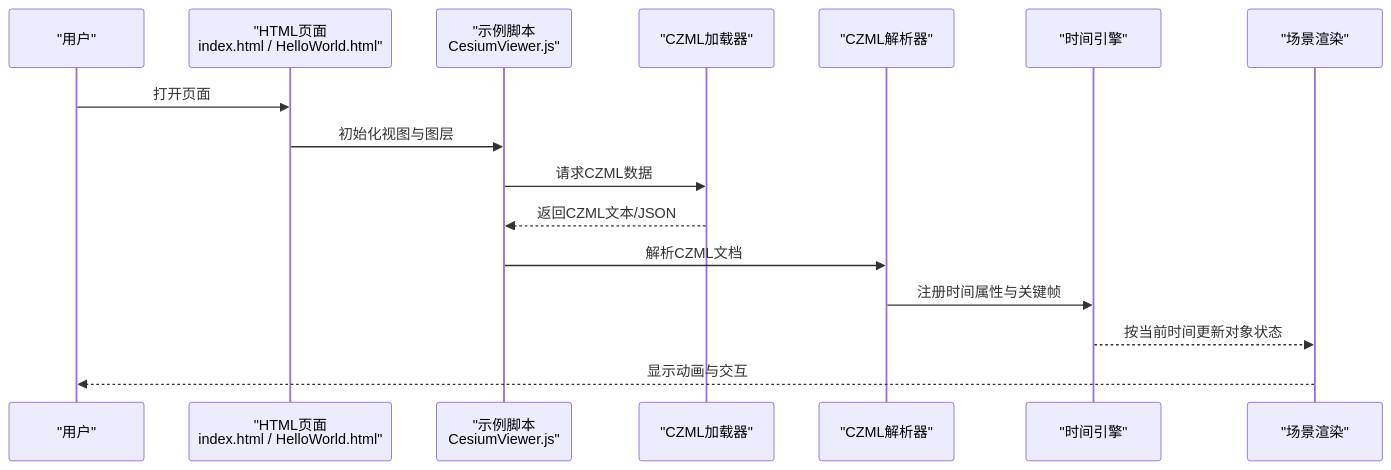
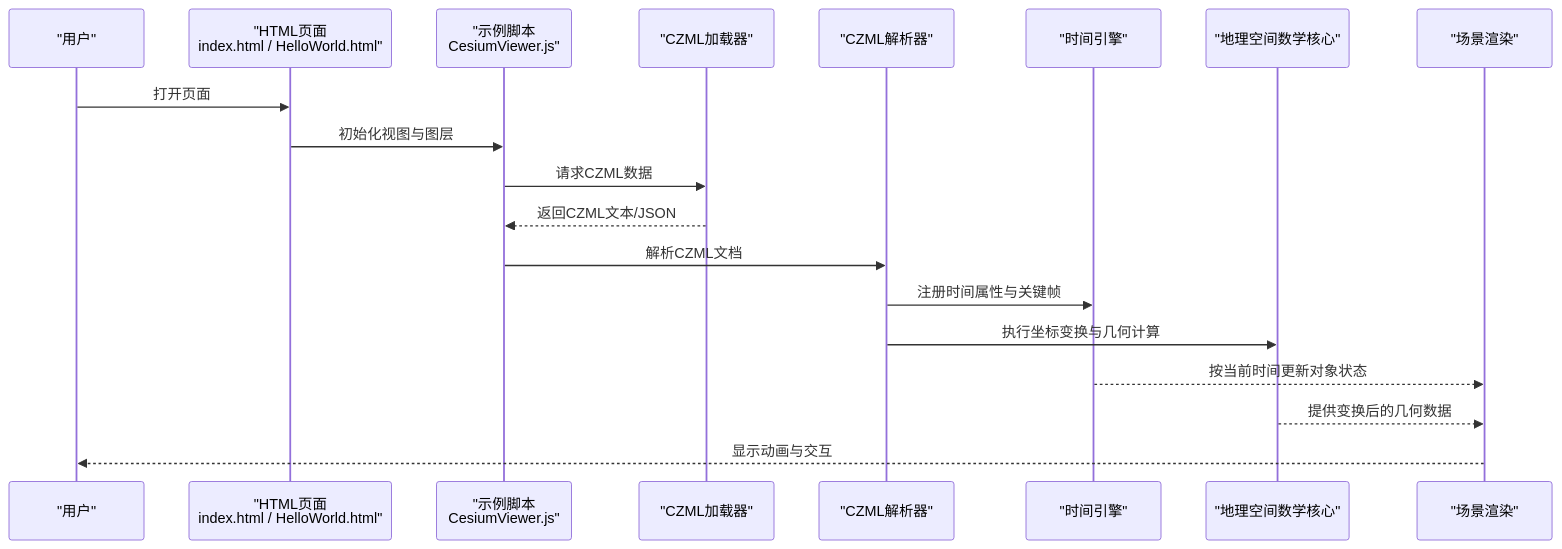
One commit to rzhangjing/cesium changed the second of 8 diagrams in .qoder/repowiki/zh/content/项目概述/核心特性/地理空间数据处理/地理空间数据处理.md. Above: the diagram before and after it, drawn with Mermaid. The commit also changed other lines of this file and 92 other files, not shown here.

````diff
--- a/.qoder/repowiki/zh/content/项目概述/核心特性/地理空间数据处理/地理空间数据处理.md
+++ b/.qoder/repowiki/zh/content/项目概述/核心特性/地理空间数据处理/地理空间数据处理.md
@@ -91,18 +125,21 @@
 ```mermaid
 sequenceDiagram
 participant U as "用户"
 participant HTML as "HTML页面<br/>index.html / HelloWorld.html"
 participant JS as "示例脚本<br/>CesiumViewer.js"
 participant Loader as "CZML加载器"
 participant Parser as "CZML解析器"
 participant Time as "时间引擎"
+participant GeoMath as "地理空间数学核心"
 participant Scene as "场景渲染"
 U->>HTML : 打开页面
 HTML->>JS : 初始化视图与图层
 JS->>Loader : 请求CZML数据
 Loader-->>JS : 返回CZML文本/JSON
 JS->>Parser : 解析CZML文档
 Parser->>Time : 注册时间属性与关键帧
+Parser->>GeoMath : 执行坐标变换与几何计算
 Time-->>Scene : 按当前时间更新对象状态
+GeoMath-->>Scene : 提供变换后的几何数据
 Scene-->>U : 显示动画与交互
 ```
````
